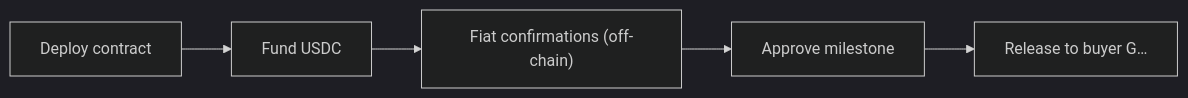
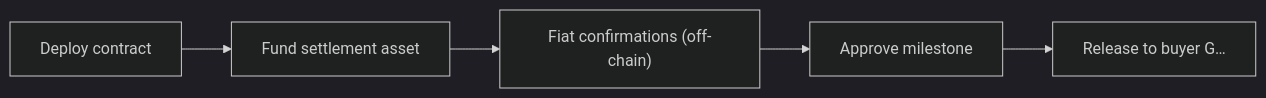
Before and after one commit to Bran18/upeer: the fourth of 4 diagrams in docs/architecture.md, drawn with Mermaid (dark theme). The commit also changed other lines of this file and 36 other files, not shown here.

First line of the commit message:
Add Brazil/PIX, multi-asset settlement, and docs.

````diff
--- a/docs/architecture.md
+++ b/docs/architecture.md
@@ -121,7 +123,7 @@
 ```mermaid
 flowchart LR
-  A["Deploy contract"] --> B["Fund USDC"]
+  A["Deploy contract"] --> B["Fund settlement asset"]
   B --> C["Fiat confirmations (off-chain)"]
   C --> D["Approve milestone"]
   D --> E["Release to buyer G…"]
 ```
````
